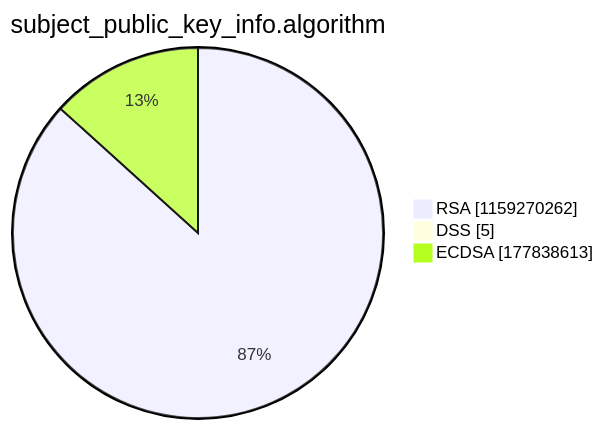
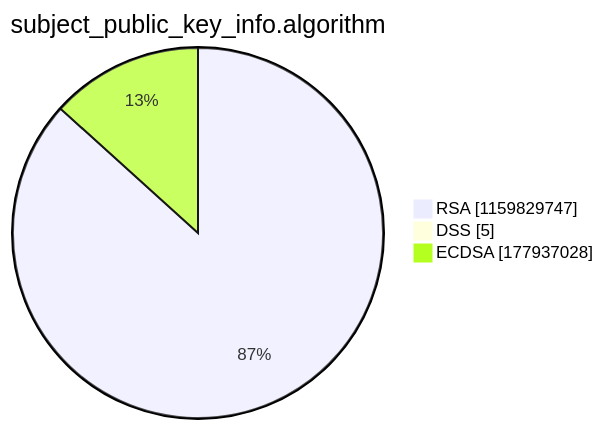
The third of 15 diagrams in argon2022/README.md (christiankrug/ctmonitor_visualization), drawn with Mermaid before and after one commit. The commit also changed other lines of this file, not shown here.

````diff
--- a/argon2022/README.md
+++ b/argon2022/README.md
@@ -14,7 +14,7 @@
 ```mermaid
 pie showData
 title subject_public_key_info.algorithm
-"RSA" :1159270262
+"RSA" :1159829747
 "DSS" :5
-"ECDSA" :177838613
+"ECDSA" :177937028
 ```
````
